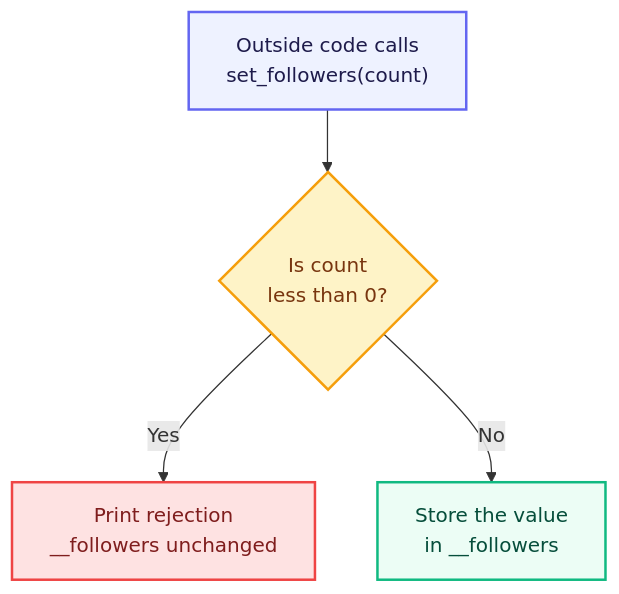
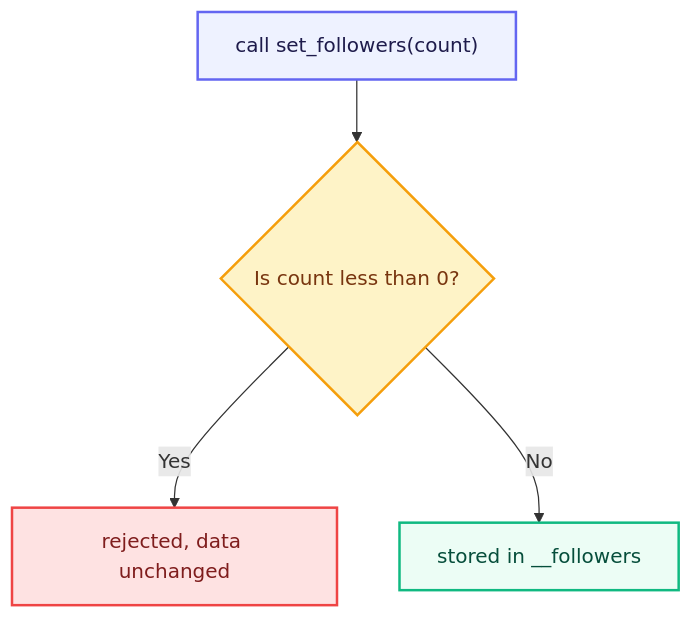
Before and after one commit to VishnuKumpati/Python-foundations: the diagram in modules/p4-classes-objects/unit-4-3-encapsulation.md, drawn with Mermaid.

Commit message:
Simplify flowchart text in encapsulation.md

````diff
--- a/modules/p4-classes-objects/unit-4-3-encapsulation.md
+++ b/modules/p4-classes-objects/unit-4-3-encapsulation.md
@@ -214,16 +214,16 @@
 ```mermaid
 flowchart TD
-    A["Outside code calls<br/>set_followers(count)"] --> B{"Is count<br/>less than 0?"}
-    B -->|"Yes"| C["Print rejection<br/>__followers unchanged"]
-    B -->|"No"| D["Store the value<br/>in __followers"]
+    A["call set_followers(count)"] --> B{"Is count less than 0?"}
+    B -->|"Yes"| C["rejected, data unchanged"]
+    B -->|"No"| D["stored in __followers"]
 
     classDef entry fill:#EEF2FF,stroke:#6366F1,stroke-width:2px,color:#1E1B4B
     classDef check fill:#FEF3C7,stroke:#F59E0B,stroke-width:2px,color:#78350F
     classDef reject fill:#FEE2E2,stroke:#EF4444,stroke-width:2px,color:#7F1D1D
     classDef accept fill:#ECFDF5,stroke:#10B981,stroke-width:2px,color:#064E3B
 
     class A entry
     class B check
     class C reject
     class D accept
 ```
````
